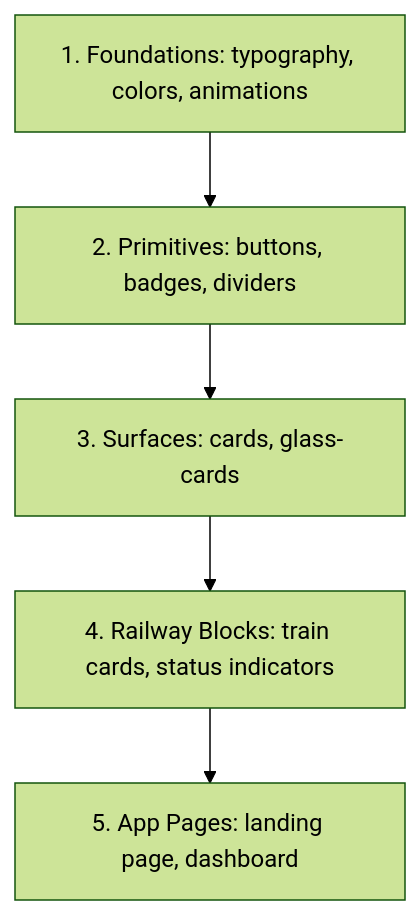
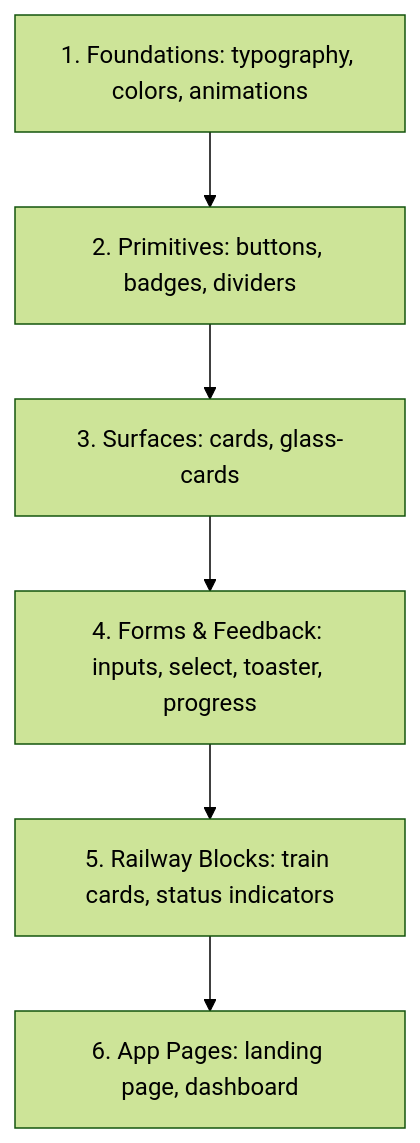
The diagram in DESIGN_SYSTEM.md (vishalsingh7126/Railverse-v2.0.0), drawn with Mermaid (forest theme) before and after one commit. The commit also changed other lines of this file and 153 other files, not shown here.

Commit message:
Design System Phase 2.5B Walkthrough (Forms & Feedback)

````diff
--- a/DESIGN_SYSTEM.md
+++ b/DESIGN_SYSTEM.md
@@ -27,7 +27,8 @@
 ```mermaid
 graph TD
     Foundations[1. Foundations: typography, colors, animations] --> Primitives[2. Primitives: buttons, badges, dividers]
     Primitives --> Surfaces[3. Surfaces: cards, glass-cards]
-    Surfaces --> Blocks[4. Railway Blocks: train cards, status indicators]
-    Blocks --> Pages[5. App Pages: landing page, dashboard]
+    Surfaces --> Forms[4. Forms & Feedback: inputs, select, toaster, progress]
+    Forms --> Blocks[5. Railway Blocks: train cards, status indicators]
+    Blocks --> Pages[6. App Pages: landing page, dashboard]
 ```
````
